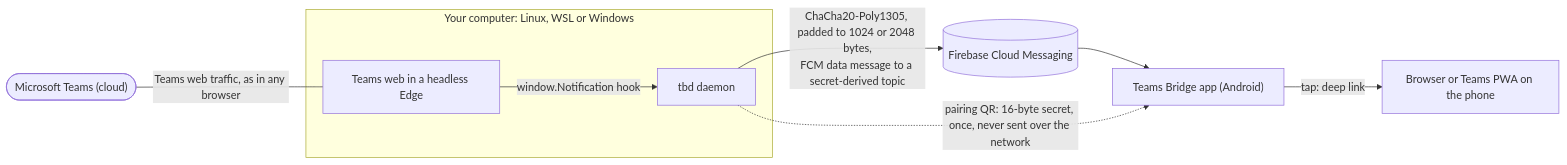
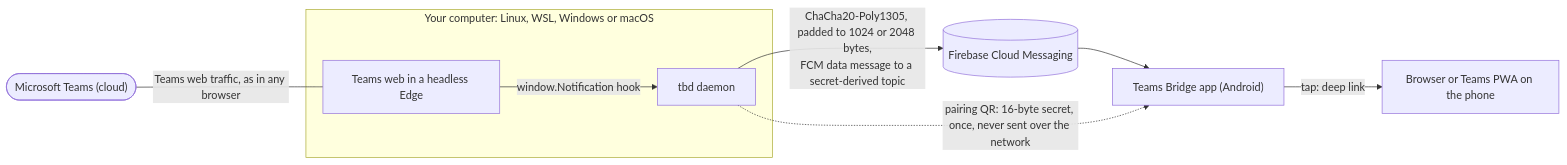
The diagram in README.md (alien2003/teams-bridge), drawn with Mermaid before and after one commit. The commit also changed other lines of this file and 9 other files, not shown here.

````diff
--- a/README.md
+++ b/README.md
@@ -32,11 +32,11 @@
 ```mermaid
 flowchart LR
-  subgraph PC["Your computer: Linux, WSL or Windows"]
+  subgraph PC["Your computer: Linux, WSL, Windows or macOS"]
     T["Teams web in a headless Edge"] -- "window.Notification hook" --> D["tbd daemon"]
   end
   MS(["Microsoft Teams (cloud)"]) -- "Teams web traffic, as in any browser" --- T
   D -- "ChaCha20-Poly1305, padded to 1024 or 2048 bytes,<br/>FCM data message to a secret-derived topic" --> F[("Firebase Cloud Messaging")]
   F --> A["Teams Bridge app (Android)"]
   A -- "tap: deep link" --> B["Browser or Teams PWA on the phone"]
   D -. "pairing QR: 16-byte secret, once, never sent over the network" .-> A
 ```
````
